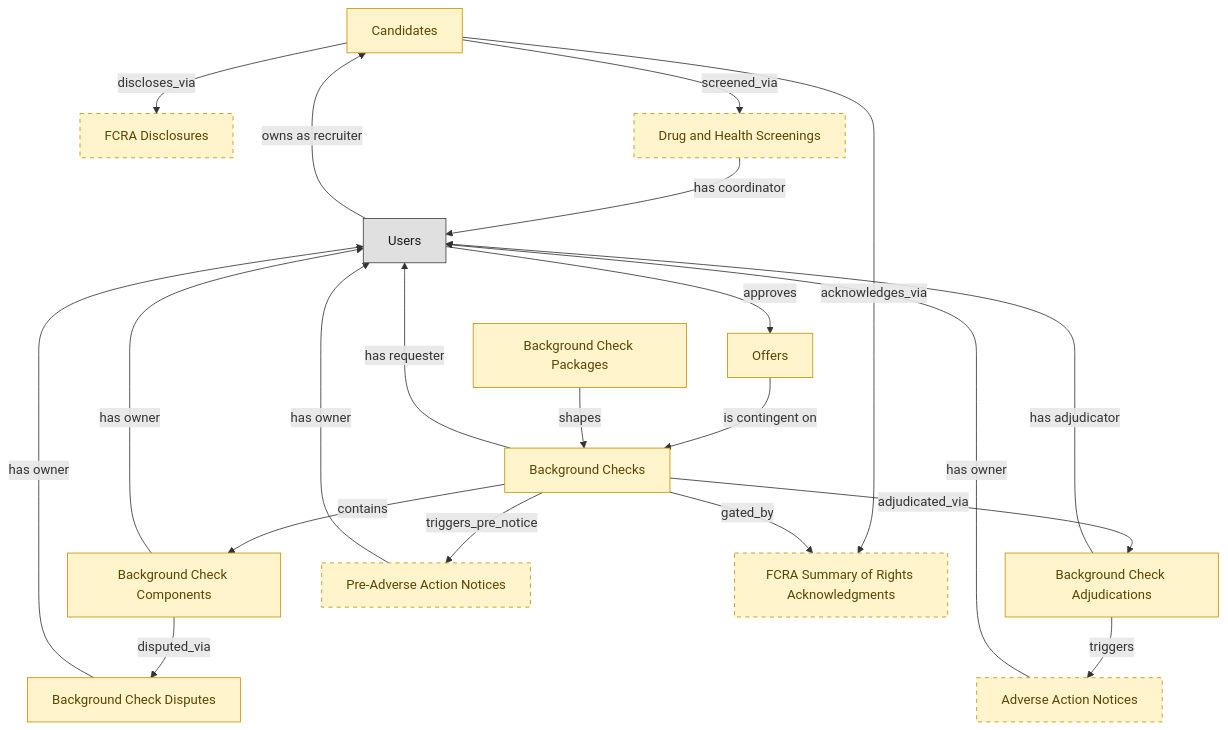
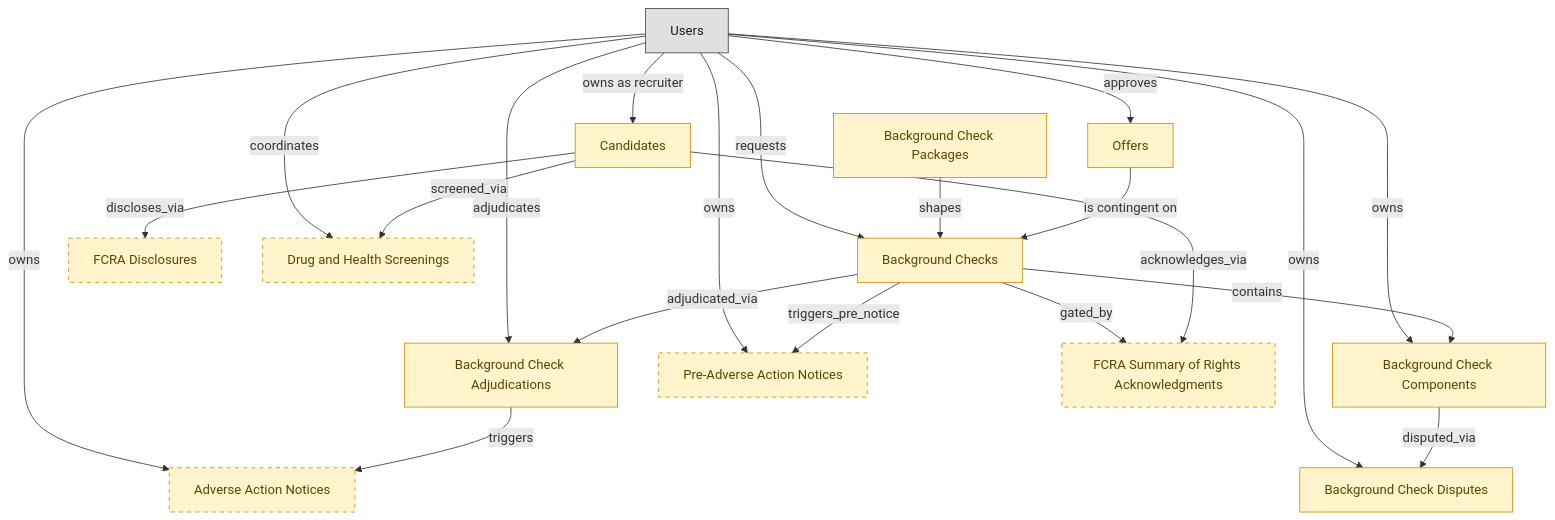
The diagram in catalog/blueprints/ats-background-checks-semantic-blueprint.md (IntranetFactory/domain-map), drawn with Mermaid before and after one commit. The commit also changed other lines of this file and 36 other files, not shown here.

````diff
--- a/catalog/blueprints/ats-background-checks-semantic-blueprint.md
+++ b/catalog/blueprints/ats-background-checks-semantic-blueprint.md
@@ -44,56 +44,56 @@
 ```mermaid
 flowchart TD
   classDef embedded_master fill:#fff4cc,stroke:#c79100,color:#5b4500;
   classDef platform_builtin fill:#e0e0e0,stroke:#424242,color:#1a1a1a;
   candidates["Candidates"]
   job_offers["Offers"]
   background_checks["Background Checks"]
   background_check_packages["Background Check Packages"]
   background_check_components["Background Check Components"]
   fcra_disclosures["FCRA Disclosures"]
   background_check_adjudications["Background Check Adjudications"]
   adverse_action_notices["Adverse Action Notices"]
   background_check_disputes["Background Check Disputes"]
   pre_adverse_action_notices["Pre-Adverse Action Notices"]
   fcra_summary_of_rights_acknowledgements["FCRA Summary of Rights Acknowledgments"]
   drug_health_screenings["Drug and Health Screenings"]
   users["Users"]
   job_offers -->|"is contingent on"| background_checks
   background_checks -->|"contains"| background_check_components
   background_check_packages -->|"shapes"| background_checks
   candidates -->|"discloses_via"| fcra_disclosures
   background_checks -->|"adjudicated_via"| background_check_adjudications
   background_check_adjudications -->|"triggers"| adverse_action_notices
   background_check_components -->|"disputed_via"| background_check_disputes
   candidates -->|"acknowledges_via"| fcra_summary_of_rights_acknowledgements
   background_checks -->|"triggers_pre_notice"| pre_adverse_action_notices
   background_checks -->|"gated_by"| fcra_summary_of_rights_acknowledgements
   candidates -->|"screened_via"| drug_health_screenings
   users -->|"approves"| job_offers
   users -->|"owns as recruiter"| candidates
-  background_checks -->|"has requester"| users
-  background_check_components -->|"has owner"| users
-  background_check_adjudications -->|"has adjudicator"| users
-  adverse_action_notices -->|"has owner"| users
-  background_check_disputes -->|"has owner"| users
-  pre_adverse_action_notices -->|"has owner"| users
-  drug_health_screenings -->|"has coordinator"| users
+  users -->|"requests"| background_checks
+  users -->|"owns"| background_check_components
+  users -->|"adjudicates"| background_check_adjudications
+  users -->|"owns"| adverse_action_notices
+  users -->|"owns"| background_check_disputes
+  users -->|"owns"| pre_adverse_action_notices
+  users -->|"coordinates"| drug_health_screenings
   class candidates embedded_master;
   class job_offers embedded_master;
   class background_checks embedded_master;
   class background_check_packages embedded_master;
   class background_check_components embedded_master;
   class fcra_disclosures embedded_master;
   class background_check_adjudications embedded_master;
   class adverse_action_notices embedded_master;
   class background_check_disputes embedded_master;
   class pre_adverse_action_notices embedded_master;
   class fcra_summary_of_rights_acknowledgements embedded_master;
   class drug_health_screenings embedded_master;
   class users platform_builtin;
   style fcra_disclosures stroke-dasharray:5 5;
   style adverse_action_notices stroke-dasharray:5 5;
   style pre_adverse_action_notices stroke-dasharray:5 5;
   style fcra_summary_of_rights_acknowledgements stroke-dasharray:5 5;
   style drug_health_screenings stroke-dasharray:5 5;
 ```
````
